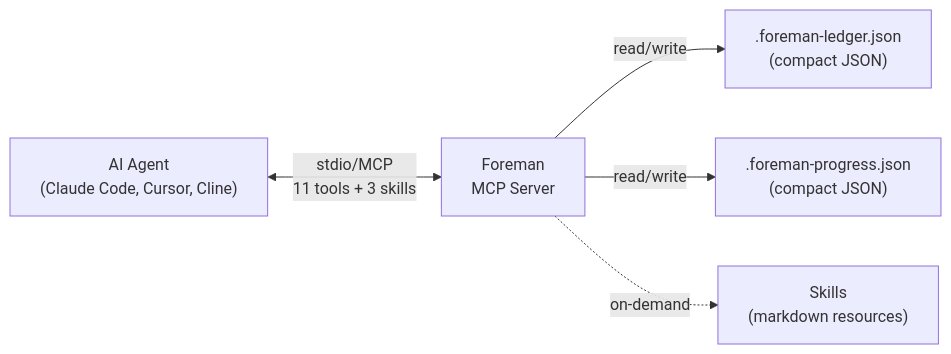
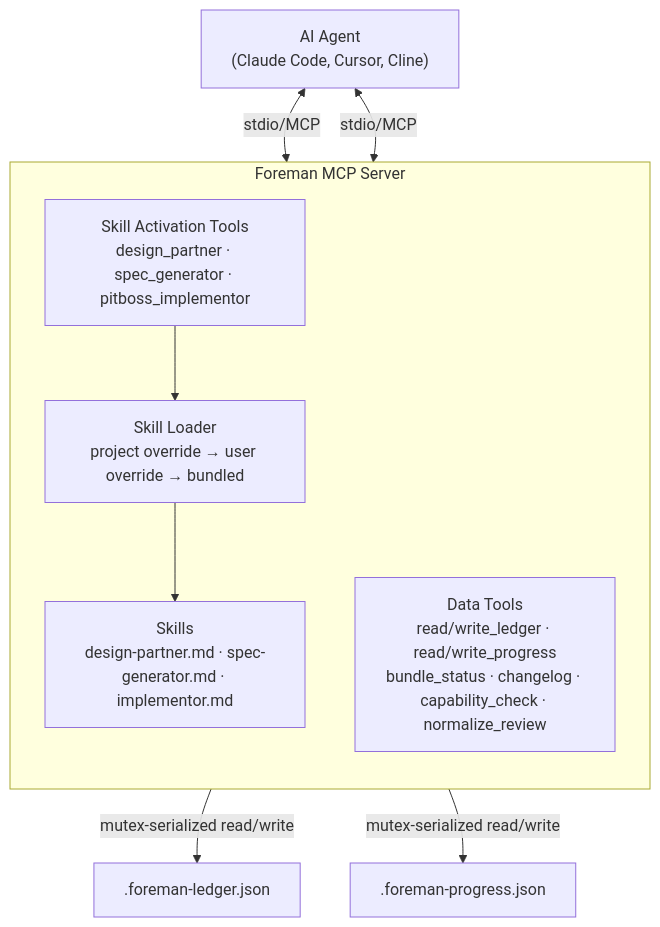
One commit to malindarathnayake/Foreman changed the second of 2 diagrams in README.md. Above: the diagram before and after it, drawn with Mermaid. The commit also changed other lines of this file, not shown here.

Commit message:
Rewrite README architecture and pitboss diagrams for v0.0.4
- Pitboss flowchart shows tool names, not skill labels
- Architecture diagram shows skill activation layer, override chain, mutex paths
- Fix "skills are workers" → skill activation tools are the pipeline
- Clarify override mechanism applies to tool activation

````diff
--- a/README.md
+++ b/README.md
@@ -204,7 +204,22 @@
 ```mermaid
-graph LR
-    A["AI Agent<br/>(Claude Code, Cursor, Cline)"] <-->|"stdio/MCP<br/>11 tools + 3 skills"| B["Foreman<br/>MCP Server"]
-    B -->|"read/write"| C[".foreman-ledger.json<br/>(compact JSON)"]
-    B -->|"read/write"| D[".foreman-progress.json<br/>(compact JSON)"]
-    B -.->|"on-demand"| E["Skills<br/>(markdown resources)"]
+graph TD
+    Agent["AI Agent<br/>(Claude Code, Cursor, Cline)"]
+
+    subgraph Foreman MCP Server
+        direction TB
+        SKT["Skill Activation Tools<br/>design_partner · spec_generator · pitboss_implementor"]
+        DT["Data Tools<br/>read/write_ledger · read/write_progress<br/>bundle_status · changelog · capability_check · normalize_review"]
+        SL["Skill Loader<br/>project override → user override → bundled"]
+        SK["Skills<br/>design-partner.md · spec-generator.md · implementor.md"]
+    end
+
+    Ledger[".foreman-ledger.json"]
+    Progress[".foreman-progress.json"]
+
+    Agent <-->|"stdio/MCP"| SKT
+    Agent <-->|"stdio/MCP"| DT
+    SKT --> SL
+    SL --> SK
+    DT -->|"mutex-serialized read/write"| Ledger
+    DT -->|"mutex-serialized read/write"| Progress
 ```
````
